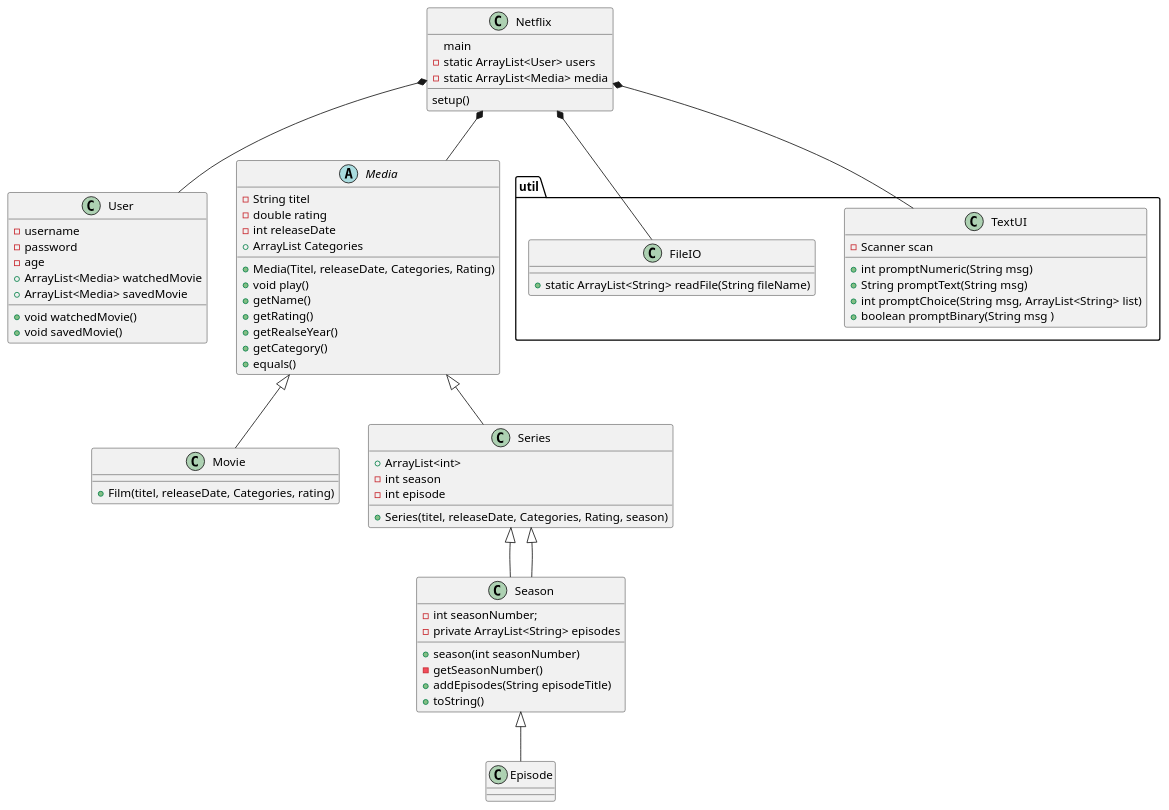
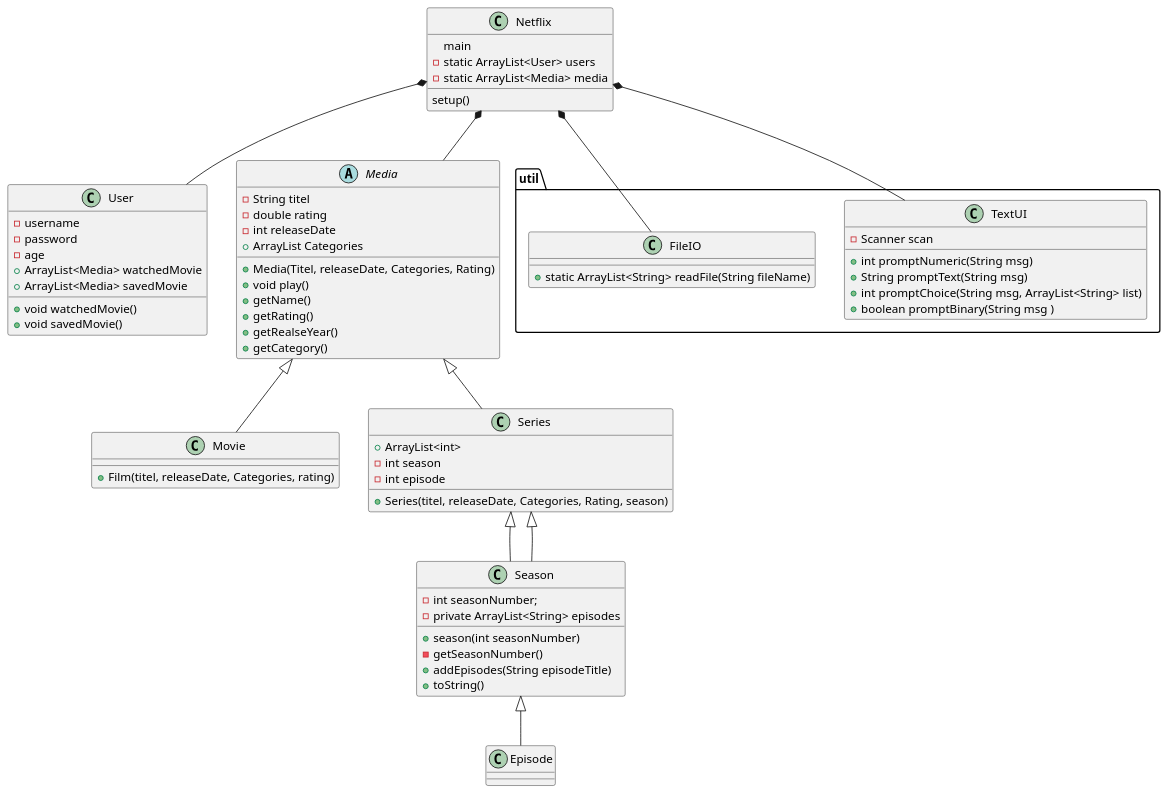
One commit to MariamE04/SP3-new changed the diagram in UML/Netfix.puml. Above: the diagram before and after it, drawn with PlantUML. The commit also changed 2 other files, not shown here.

```diff
--- a/UML/Netfix.puml
+++ b/UML/Netfix.puml
@@ -1,74 +1,73 @@
 @startuml
 'https://plantuml.com/class-diagram
 
 class Netflix{
 main
 setup()
 -static ArrayList<User> users
 -static ArrayList<Media> media
 }
 class User{
 - username
 - password
 - age
 + ArrayList<Media> watchedMovie
 + ArrayList<Media> savedMovie
 + void watchedMovie()
 + void savedMovie()
  }
 
 abstract class Media{
 -String titel
 -double rating
 -int releaseDate
  +ArrayList Categories
  +Media(Titel, releaseDate, Categories, Rating)
  + void play()
  +getName()
  +getRating()
  +getRealseYear()
  +getCategory()
- +equals()
 
 }
 class Movie{
 +Film(titel, releaseDate, Categories, rating)
 }
 class Series {
 + ArrayList<int>
 -int season
 -int episode
 +Series(titel, releaseDate, Categories, Rating, season)
 }
 class Season extends Series{
 -int seasonNumber;
 -private ArrayList<String> episodes
 +season(int seasonNumber)
 -getSeasonNumber()
 +addEpisodes(String episodeTitle)
 +toString()
 }
 
 
 package "util"{
 class TextUI{
 -Scanner scan
 + int promptNumeric(String msg)
 + String promptText(String msg)
 + int promptChoice(String msg, ArrayList<String> list)
 + boolean promptBinary(String msg )
 }
 class FileIO{
 +static ArrayList<String> readFile(String fileName)
     }
 }
 
 Netflix *-- User
 Netflix *-- Media
 Media <|-- Movie
 Media <|-- Series
 Series <|-- Season
 Season <|-- Episode
 Netflix *-- FileIO
 Netflix *-- TextUI
 @enduml
```
